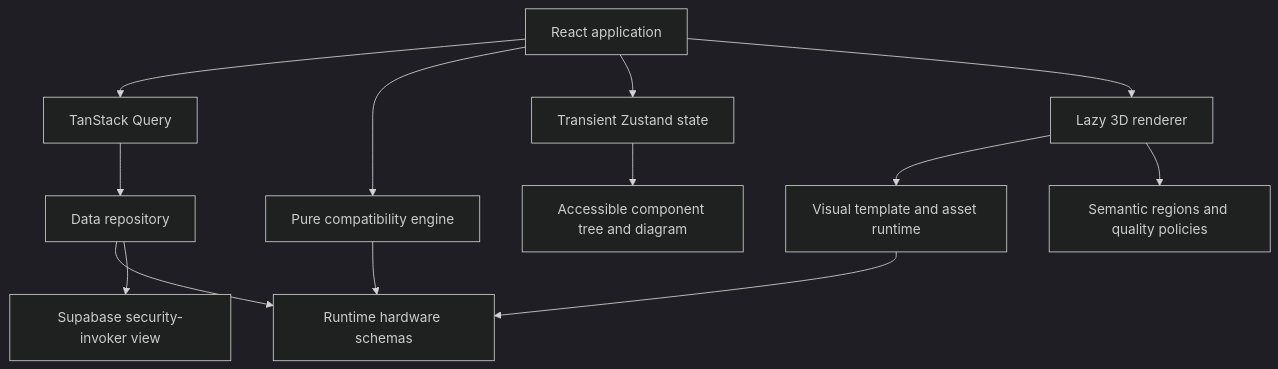
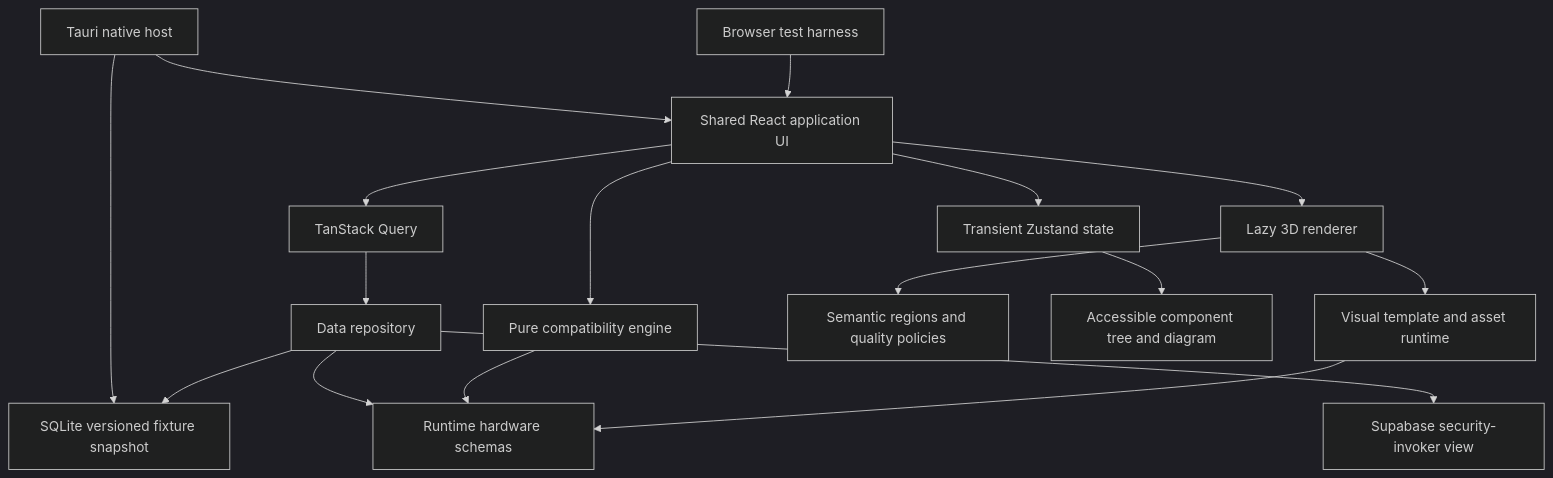
The diagram in docs/architecture/overview.md (SAADX25/Cortex-Core), drawn with Mermaid (dark theme) before and after one commit. The commit also changed other lines of this file and 113 other files, not shown here.

````diff
--- a/docs/architecture/overview.md
+++ b/docs/architecture/overview.md
@@ -5,15 +5,19 @@
 ```mermaid
 flowchart TD
-  W[React application] --> Q[TanStack Query]
+  T[Tauri native host] --> W[Shared React application UI]
+  B[Browser test harness] --> W
+  T --> L[SQLite versioned fixture snapshot]
+  W --> Q[TanStack Query]
   Q --> D[Data repository]
   D --> S[Runtime hardware schemas]
+  D --> L
   D --> DB[Supabase security-invoker view]
   W --> C[Pure compatibility engine]
   C --> S
   W --> Z[Transient Zustand state]
   W --> E[Lazy 3D renderer]
   E --> A[Visual template and asset runtime]
   A --> S
   E --> M[Semantic regions and quality policies]
   Z --> F[Accessible component tree and diagram]
 ```
````
